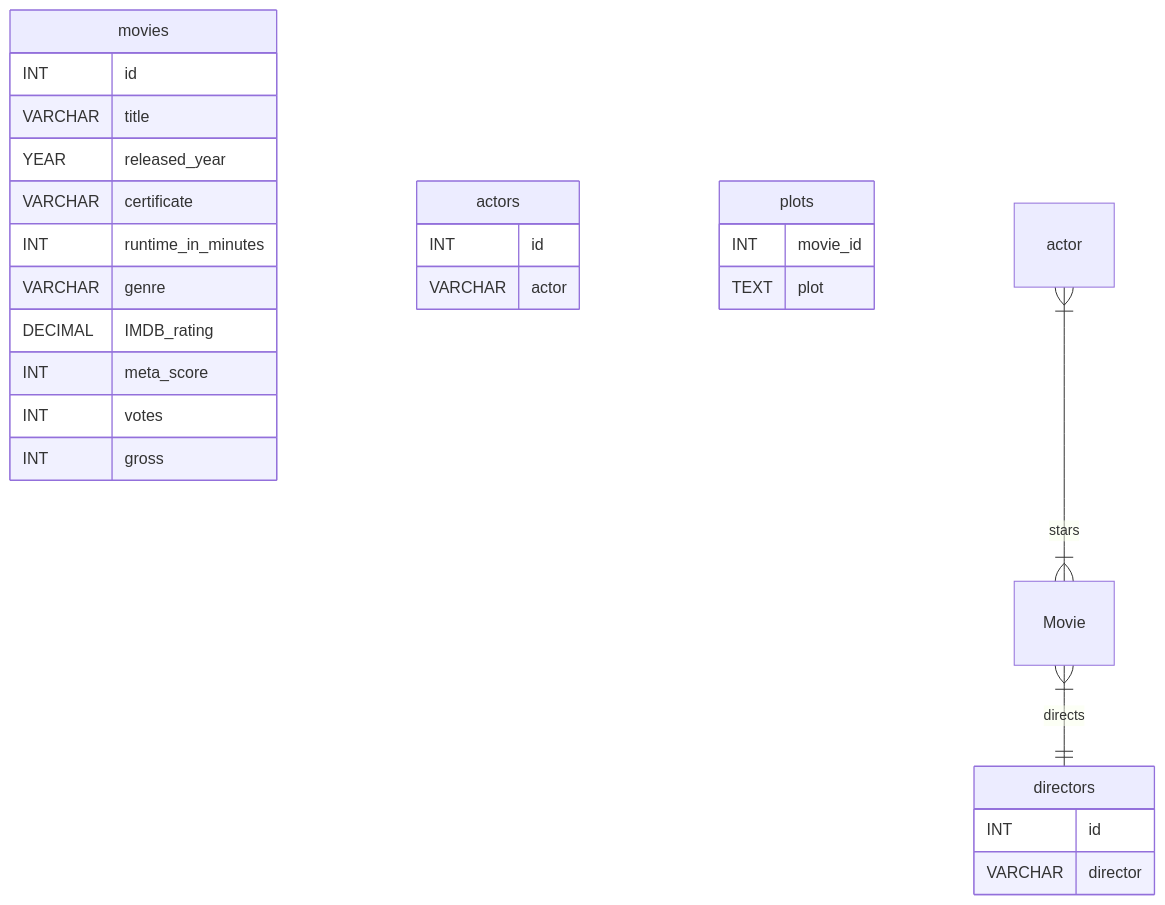
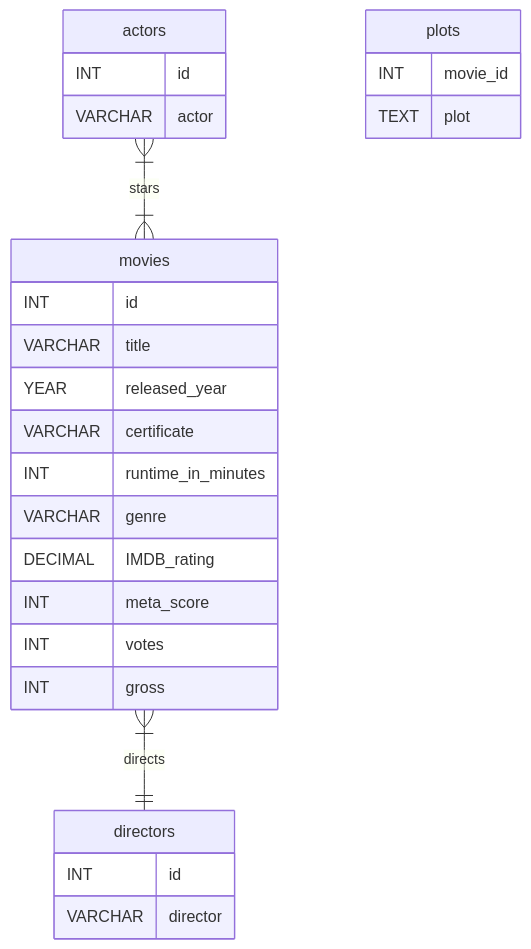
Before and after one commit to Costa-LG/Movies-Data-Analysis: the second of 2 diagrams in README.md, drawn with Mermaid.

````diff
--- a/README.md
+++ b/README.md
@@ -40,33 +40,33 @@
 ```mermaid
 erDiagram
     movies {
         INT id
         VARCHAR title
         YEAR released_year
         VARCHAR certificate 
         INT runtime_in_minutes
         VARCHAR genre
         DECIMAL IMDB_rating
         INT meta_score
         INT votes
         INT gross
     }
     
     actors {
         INT id
         VARCHAR actor
     }
     
 	directors {
 		INT id
 		VARCHAR director
 	}
 
     plots {
 		INT movie_id
 		TEXT plot
 	}
 	
-    actor }|--|{ Movie : stars
-    Movie }|--|| directors : directs
+    actors }|--|{ movies : stars
+    movies }|--|| directors : directs
 ```
````
